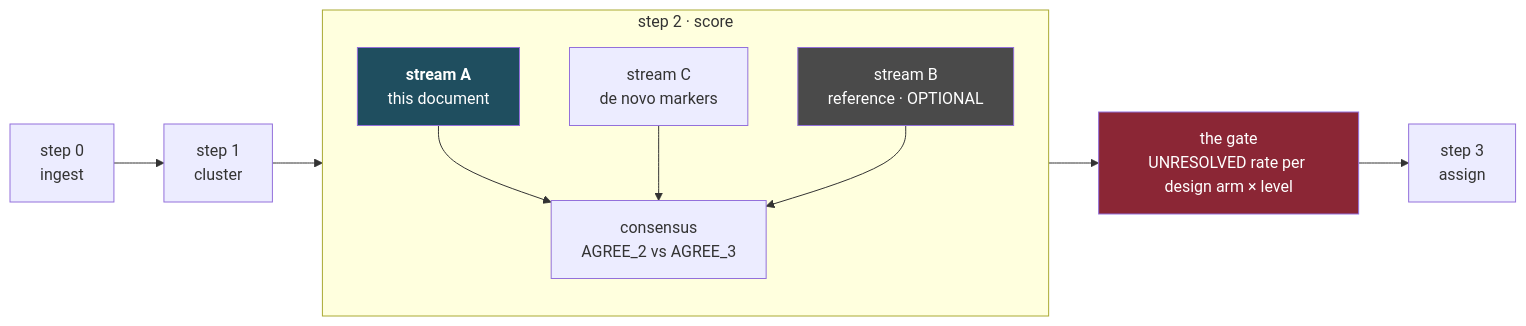
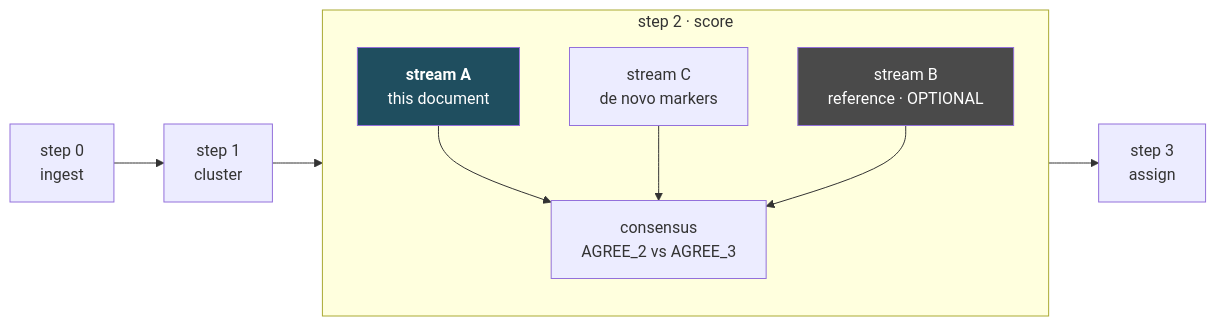
Before and after one commit to JiaenLin/scAnno: the fourth of 4 diagrams in docs/CLASSIFIER.md, drawn with Mermaid. The commit also changed other lines of this file and 2 other files, not shown here.

First line of the commit message:
Remove the design-differential gate

````diff
--- a/docs/CLASSIFIER.md
+++ b/docs/CLASSIFIER.md
@@ -185,19 +185,17 @@
 ```mermaid
 flowchart LR
     S0["step 0<br/>ingest"] --> S1["step 1<br/>cluster"]
     S1 --> S2
     subgraph S2["step 2 · score"]
         A["<b>stream A</b><br/>this document"]
         C["stream C<br/>de novo markers"]
         B["stream B<br/>reference · OPTIONAL"]
         K["consensus<br/>AGREE_2 vs AGREE_3"]
         A --> K
         C --> K
         B --> K
     end
-    S2 --> G["the gate<br/>UNRESOLVED rate per design arm × level"]
-    G --> S3["step 3<br/>assign"]
+    S2 --> S3["step 3<br/>assign"]
     style A fill:#1F4E5F,color:#fff
     style B fill:#4A4A4A,color:#fff
-    style G fill:#8B2635,color:#fff
 ```
````
